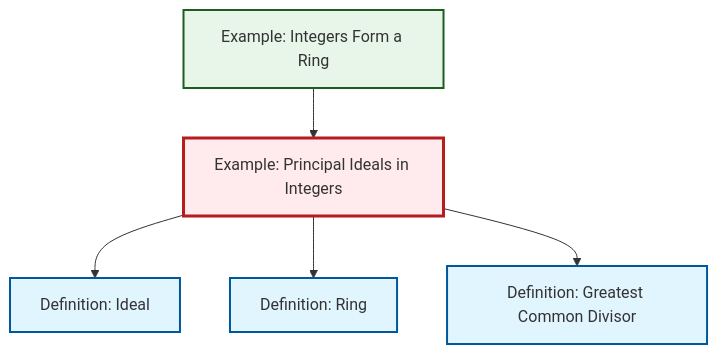
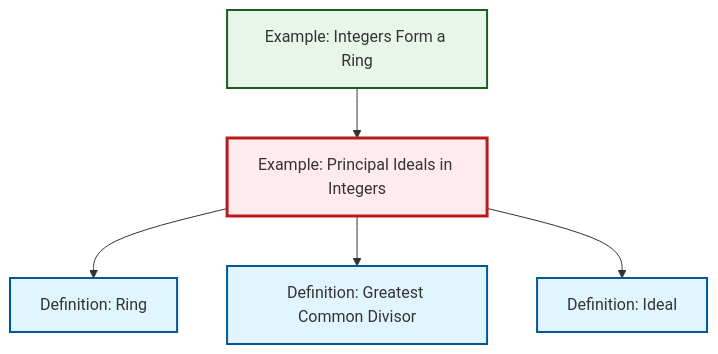
Before and after one commit to RK0429/ModernMath: the diagram in content/ja/algebra/ex-principal-ideal.qmd, drawn with Mermaid. The commit also changed other lines of this file and 417 other files, not shown here.

````diff
--- a/content/ja/algebra/ex-principal-ideal.qmd
+++ b/content/ja/algebra/ex-principal-ideal.qmd
@@ -64,23 +64,23 @@
 ```{mermaid}
 %%| fig-cap: "Local dependency graph"
 graph TD
     classDef definition fill:#e1f5fe,stroke:#01579b,stroke-width:2px
     classDef theorem fill:#f3e5f5,stroke:#4a148c,stroke-width:2px
     classDef axiom fill:#fff3e0,stroke:#e65100,stroke-width:2px
     classDef example fill:#e8f5e9,stroke:#1b5e20,stroke-width:2px
     classDef current fill:#ffebee,stroke:#b71c1c,stroke-width:3px
+    def-gcd["Definition: Greatest Common Divisor"]:::definition
+    ex-integers-ring["Example: Integers Form a Ring"]:::example
     def-ideal["Definition: Ideal"]:::definition
-    def-gcd["Definition: Greatest Common Divisor"]:::definition
+    ex-principal-ideal["Example: Principal Ideals in Integers"]:::example
     def-ring["Definition: Ring"]:::definition
-    ex-principal-ideal["Example: Principal Ideals in Integers"]:::example
-    ex-integers-ring["Example: Integers Form a Ring"]:::example
-    ex-principal-ideal --> def-ideal
-    ex-integers-ring --> ex-principal-ideal
     ex-principal-ideal --> def-ring
     ex-principal-ideal --> def-gcd
+    ex-integers-ring --> ex-principal-ideal
+    ex-principal-ideal --> def-ideal
     class ex-principal-ideal current
+    click def-gcd "def-gcd.html" "Definition: Greatest Common Divisorへ"
+    click ex-integers-ring "ex-integers-ring.html" "Example: Integers Form a Ringへ"
     click def-ideal "def-ideal.html" "Definition: Idealへ"
-    click def-gcd "def-gcd.html" "Definition: Greatest Common Divisorへ"
     click def-ring "def-ring.html" "Definition: Ringへ"
-    click ex-integers-ring "ex-integers-ring.html" "Example: Integers Form a Ringへ"
 ```
````
